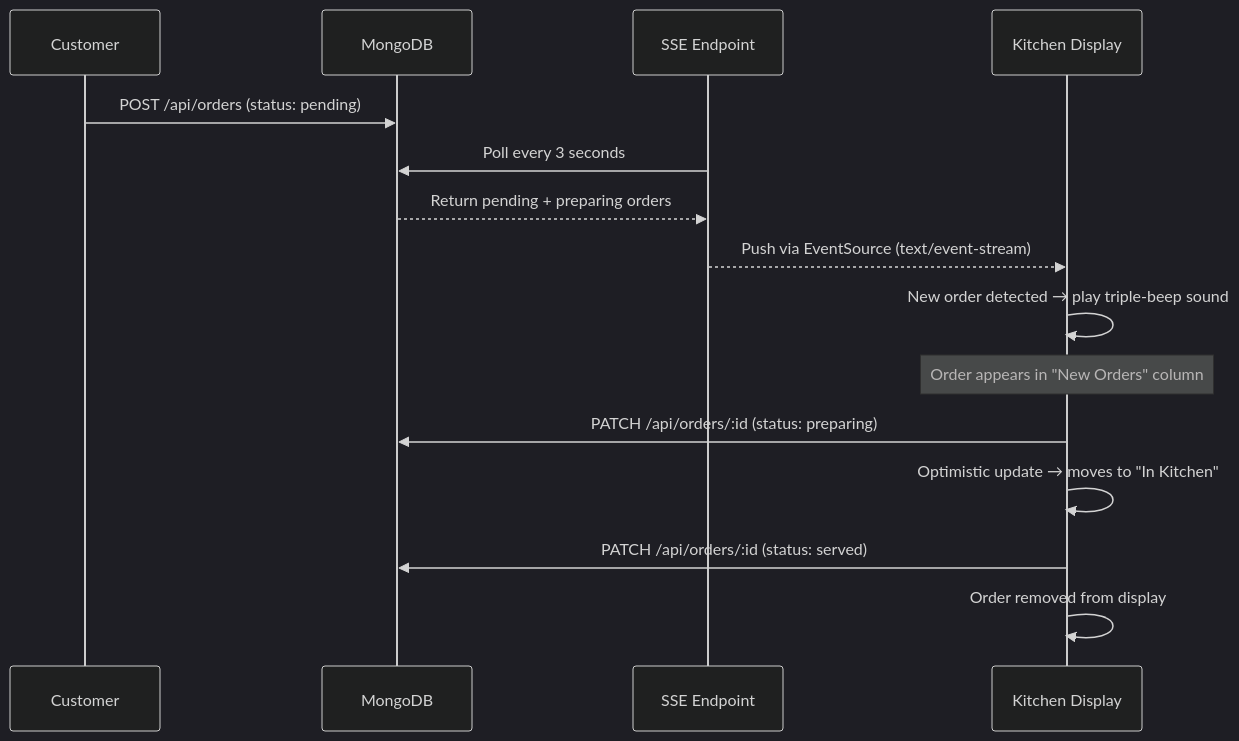
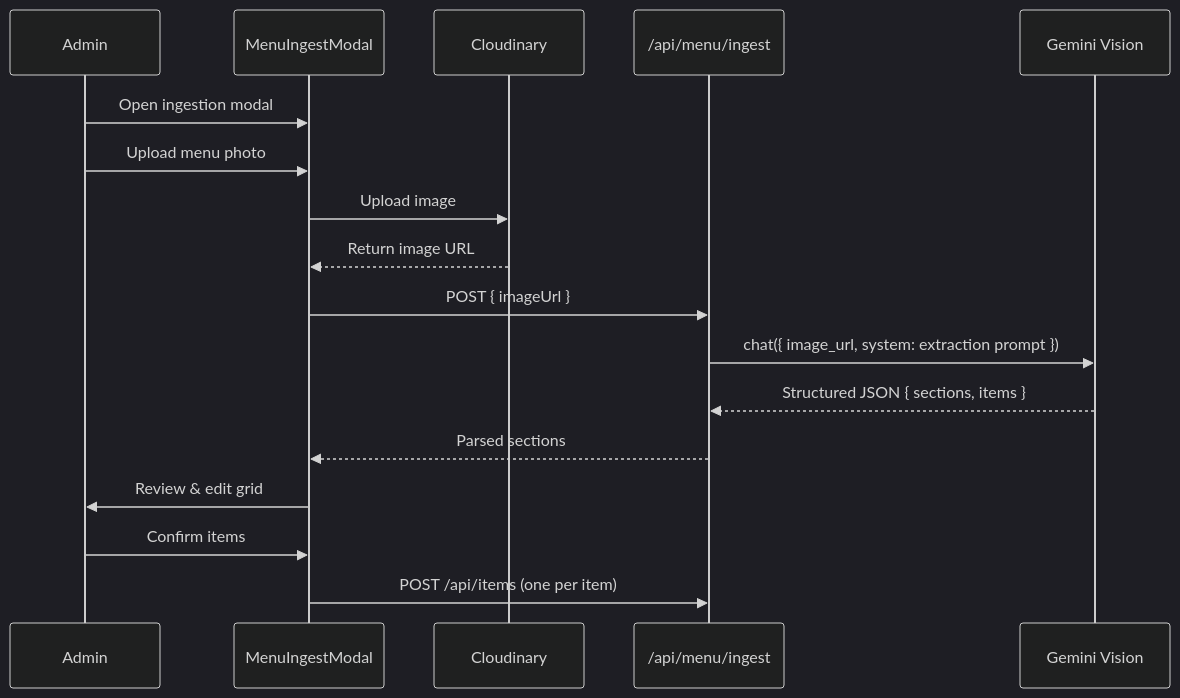
One commit to milliondreamsblog/Bawarchi changed the eighth of 45 diagrams in README.md. Above: the diagram before and after it, drawn with Mermaid (dark theme). The commit also changed other lines of this file and 1 other file, not shown here.

Commit message:
chore: update pilot site names and expand research roadmap in project documentation

````diff
--- a/README.md
+++ b/README.md
@@ -84,18 +860,20 @@
 ```mermaid
 sequenceDiagram
-    participant C as Customer
-    participant DB as MongoDB
-    participant SSE as SSE Endpoint
-    participant KDS as Kitchen Display
+  participant Admin
+  participant Modal as MenuIngestModal
+  participant Cloudinary
+  participant API as /api/menu/ingest
+  participant Gemini as Gemini Vision
 
-    C->>DB: POST /api/orders (status: pending)
-    SSE->>DB: Poll every 3 seconds
-    DB-->>SSE: Return pending + preparing orders
-    SSE-->>KDS: Push via EventSource (text/event-stream)
-    KDS->>KDS: New order detected → play triple-beep sound
-    Note over KDS: Order appears in "New Orders" column
-    KDS->>DB: PATCH /api/orders/:id (status: preparing)
-    KDS->>KDS: Optimistic update → moves to "In Kitchen"
-    KDS->>DB: PATCH /api/orders/:id (status: served)
-    KDS->>KDS: Order removed from display
+  Admin->>Modal: Open ingestion modal
+  Admin->>Modal: Upload menu photo
+  Modal->>Cloudinary: Upload image
+  Cloudinary-->>Modal: Return image URL
+  Modal->>API: POST { imageUrl }
+  API->>Gemini: chat({ image_url, system: extraction prompt })
+  Gemini-->>API: Structured JSON { sections, items }
+  API-->>Modal: Parsed sections
+  Modal->>Admin: Review & edit grid
+  Admin->>Modal: Confirm items
+  Modal->>API: POST /api/items (one per item)
 ```
````
